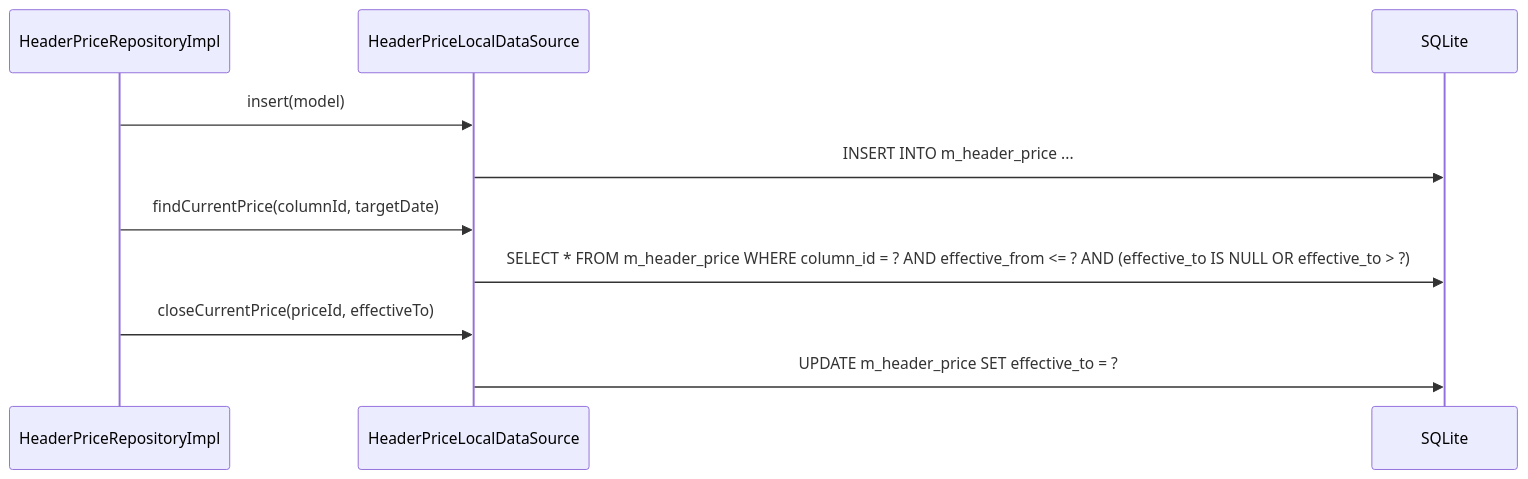
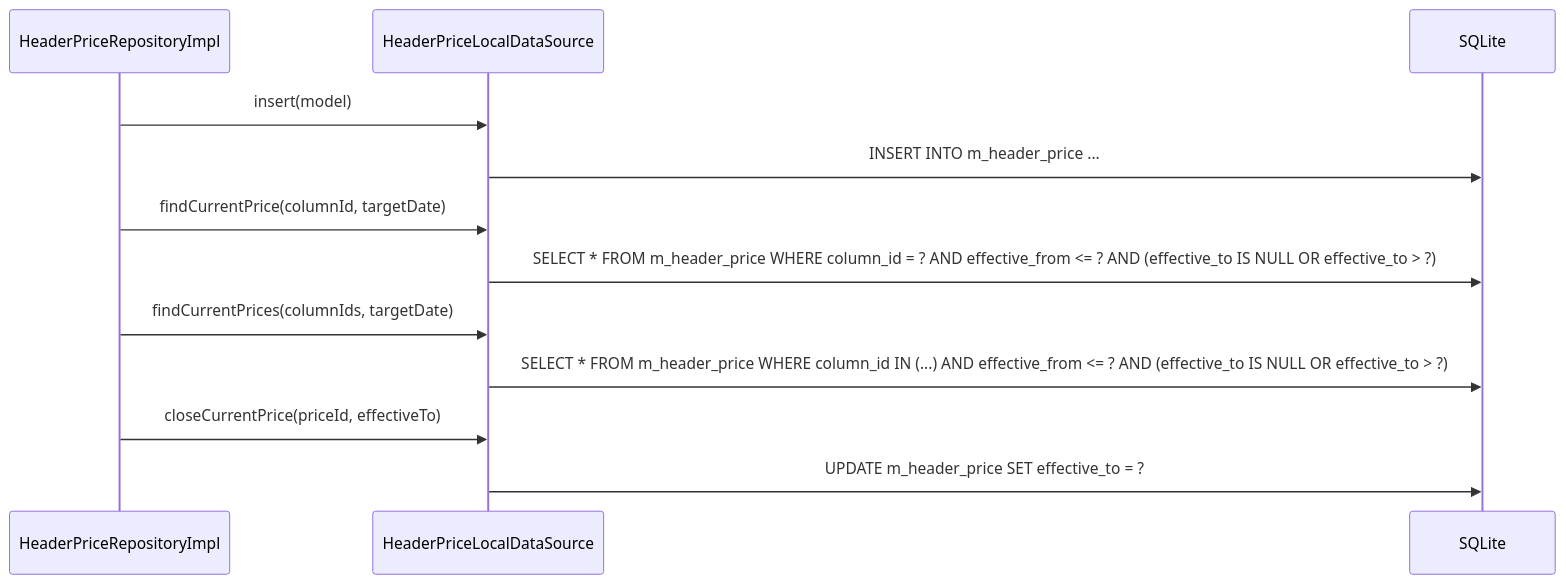
Before and after one commit to MinamiyamaKotaro/m3_pad: the diagram in docs/design/lib/src/features/voucher/data/datasources/header_price_local_datasource.md, drawn with Mermaid. The commit also changed other lines of this file and 29 other files, not shown here.

````diff
--- a/docs/design/lib/src/features/voucher/data/datasources/header_price_local_datasource.md
+++ b/docs/design/lib/src/features/voucher/data/datasources/header_price_local_datasource.md
@@ -13,13 +14,15 @@
 ```mermaid
 sequenceDiagram
     participant R as HeaderPriceRepositoryImpl
     participant D as HeaderPriceLocalDataSource
     participant DB as SQLite
 
     R->>D: insert(model)
     D->>DB: INSERT INTO m_header_price ...
     R->>D: findCurrentPrice(columnId, targetDate)
     D->>DB: SELECT * FROM m_header_price WHERE column_id = ? AND effective_from <= ? AND (effective_to IS NULL OR effective_to > ?)
+    R->>D: findCurrentPrices(columnIds, targetDate)
+    D->>DB: SELECT * FROM m_header_price WHERE column_id IN (...) AND effective_from <= ? AND (effective_to IS NULL OR effective_to > ?)
     R->>D: closeCurrentPrice(priceId, effectiveTo)
     D->>DB: UPDATE m_header_price SET effective_to = ?
 ```
````
